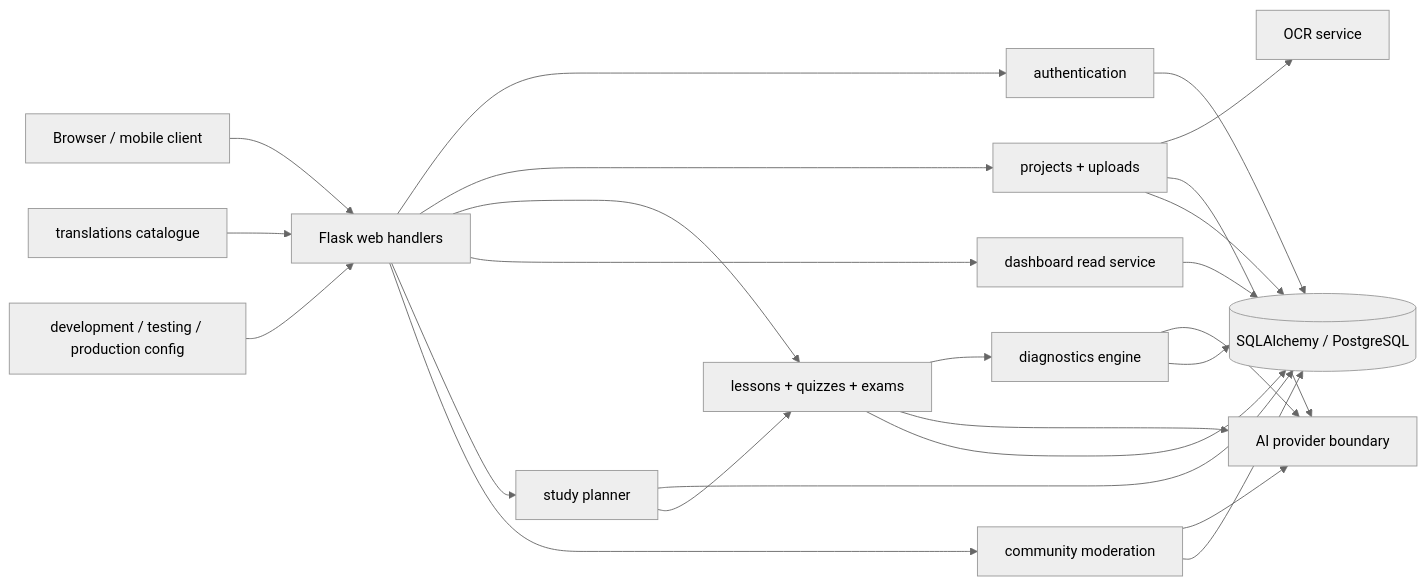
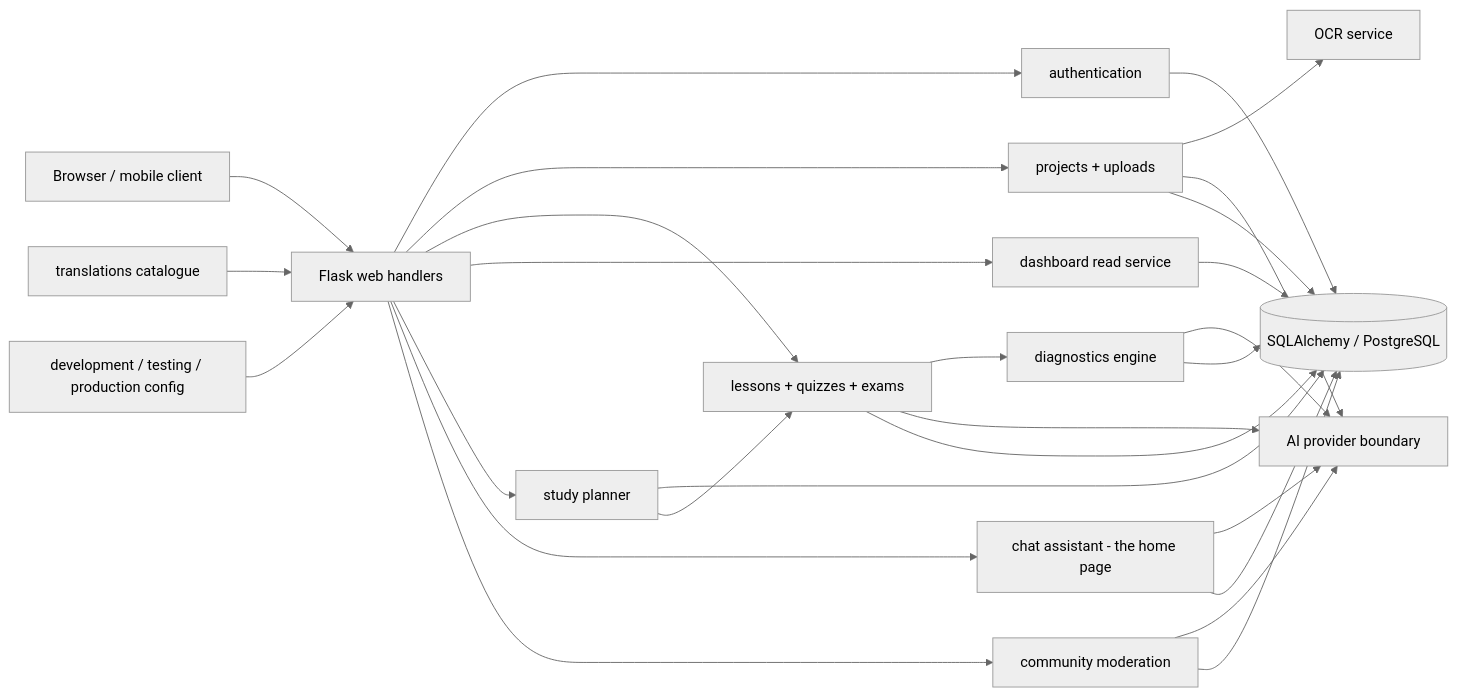
The diagram in docs/ARCHITECTURE.md (Rithi120/Ai-tutor), drawn with Mermaid (neutral theme) before and after one commit. The commit also changed other lines of this file and 262 other files, not shown here.

````diff
--- a/docs/ARCHITECTURE.md
+++ b/docs/ARCHITECTURE.md
@@ -7,26 +7,29 @@
 ```mermaid
 flowchart LR
     Browser[Browser / mobile client] --> Web[Flask web handlers]
     Web --> Auth[authentication]
     Web --> Projects[projects + uploads]
     Web --> Learning[lessons + quizzes + exams]
     Web --> Dashboard[dashboard read service]
     Web --> Planner[study planner]
     Projects --> OCR[OCR service]
     Projects --> AI[AI provider boundary]
     Learning --> Diagnostics[diagnostics engine]
+    Web --> Assistant[chat assistant - the home page]
+    Assistant --> AI
+    Assistant --> DB
     Web --> Moderation[community moderation]
     Moderation --> AI
     Moderation --> DB
     Diagnostics --> AI
     Diagnostics --> DB
     Learning --> AI
     Auth --> DB[(SQLAlchemy / PostgreSQL)]
     Projects --> DB
     Learning --> DB
     Dashboard --> DB
     Planner --> DB
     Planner --> Learning
     Translations[translations catalogue] --> Web
     Config[development / testing / production config] --> Web
 ```
````
